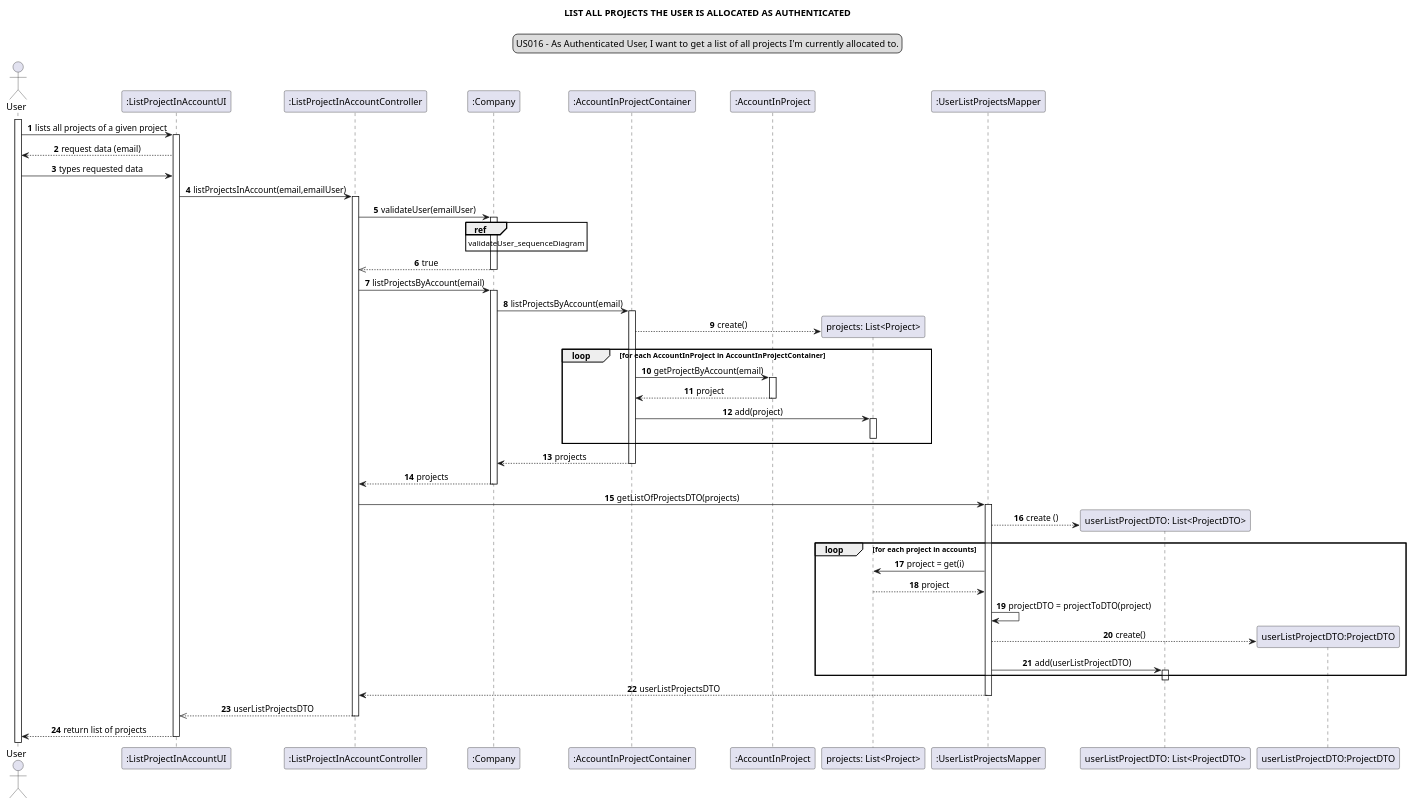
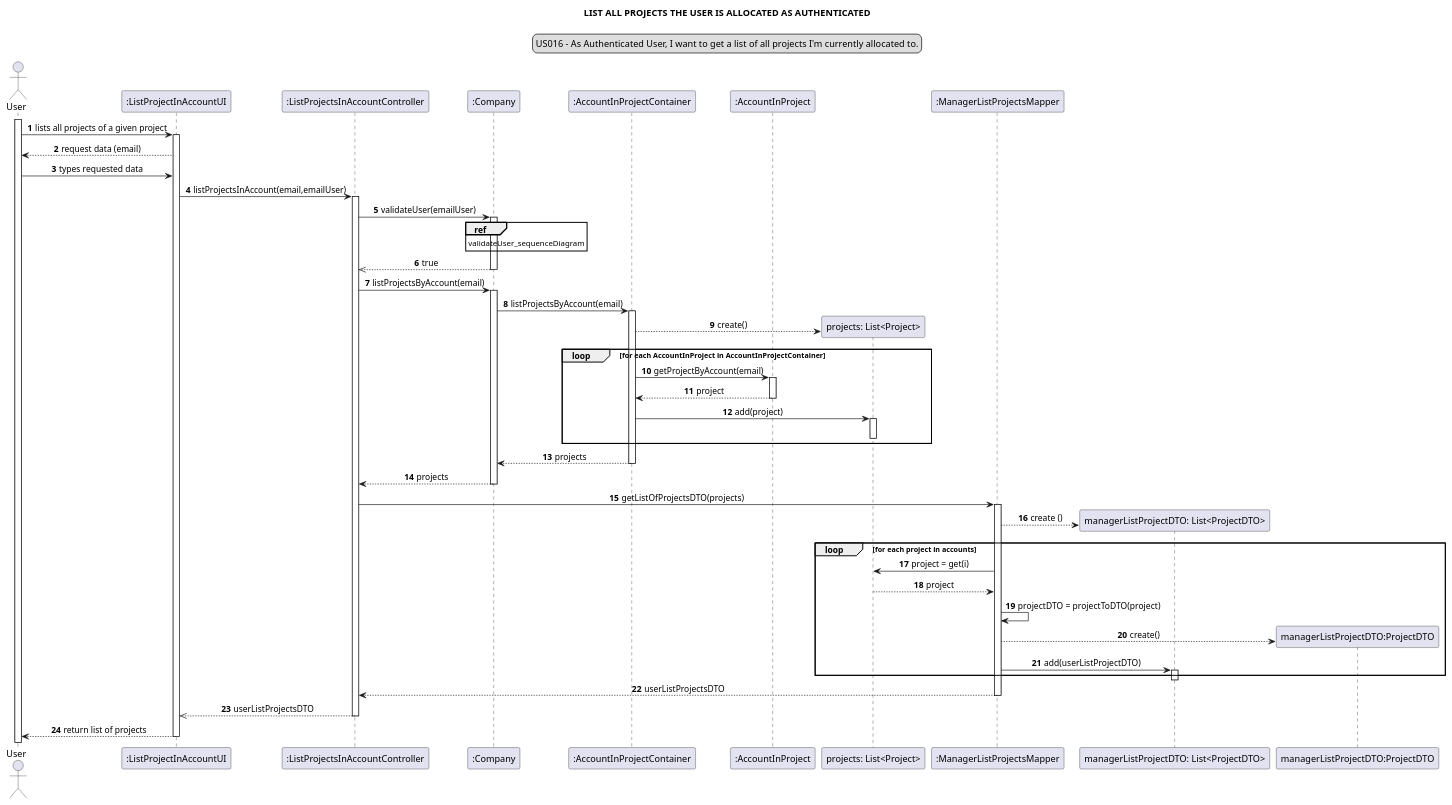
One commit to Loracline/project_switch_22-23 changed the diagram in docs/modelling_design/user_stories/sprint02/us016/US016_sequenceDiagram.puml. Above: the diagram before and after it, drawn with PlantUML. The commit also changed 5 other files, not shown here.

Commit message:
No US number : Design : refinement of Class Diagram

```diff
--- a/docs/modelling_design/user_stories/sprint02/us016/US016_sequenceDiagram.puml
+++ b/docs/modelling_design/user_stories/sprint02/us016/US016_sequenceDiagram.puml
@@ -1,69 +1,69 @@
 @startuml
 skinparam sequenceMessageAlign center
 title LIST ALL PROJECTS THE USER IS ALLOCATED AS AUTHENTICATED
 legend top
 US016 - As Authenticated User, I want to get a list of all projects I'm currently allocated to.
 end legend
 autonumber
 actor User
 participant ":ListProjectInAccountUI" as ui
-participant ":ListProjectInAccountController" as controller
+participant ":ListProjectsInAccountController" as controller
 participant ":Company" as company
 participant ":AccountInProjectContainer" as aipc
 participant ":AccountInProject" as aip
 participant "projects: List<Project>" as list
-participant ":UserListProjectsMapper" as pm
-participant "userListProjectDTO: List<ProjectDTO>" as listDTO
-participant "userListProjectDTO:ProjectDTO" as DTO
+participant ":ManagerListProjectsMapper" as pm
+participant "managerListProjectDTO: List<ProjectDTO>" as listDTO
+participant "managerListProjectDTO:ProjectDTO" as DTO
 activate User
 User -> ui: lists all projects of a given project
 activate ui
 ui --> User: request data (email)
 User -> ui: types requested data
 ui -> controller: listProjectsInAccount(email,emailUser)
 activate controller
 controller -> company: validateUser(emailUser)
 activate company
 ref over company: validateUser_sequenceDiagram
 company -->> controller: true
 deactivate company
 controller -> company: listProjectsByAccount(email)
 activate company
 company -> aipc: listProjectsByAccount(email)
 activate aipc
 create list
 aipc --> list :create()
 loop for each AccountInProject in AccountInProjectContainer
 aipc -> aip : getProjectByAccount(email)
 activate aip
 aip --> aipc : project
 deactivate aip
 aipc -> list : add(project)
 activate list
 deactivate list
 end loop
 aipc --> company : projects
 deactivate aipc
 company --> controller: projects
 deactivate company
 controller -> pm: getListOfProjectsDTO(projects)
 activate pm
 create listDTO
 pm --> listDTO: create ()
 loop for each project in accounts
 pm -> list: project = get(i)
 list --> pm: project
 pm -> pm: projectDTO = projectToDTO(project)
 create DTO
 pm --> DTO : create()
 pm ->listDTO :add(userListProjectDTO)
 activate listDTO
 end loop
 deactivate listDTO
 pm --> controller :userListProjectsDTO
 deactivate pm
 controller -->> ui: userListProjectsDTO
 deactivate controller
 ui --> User: return list of projects
 deactivate ui
 @enduml
```
